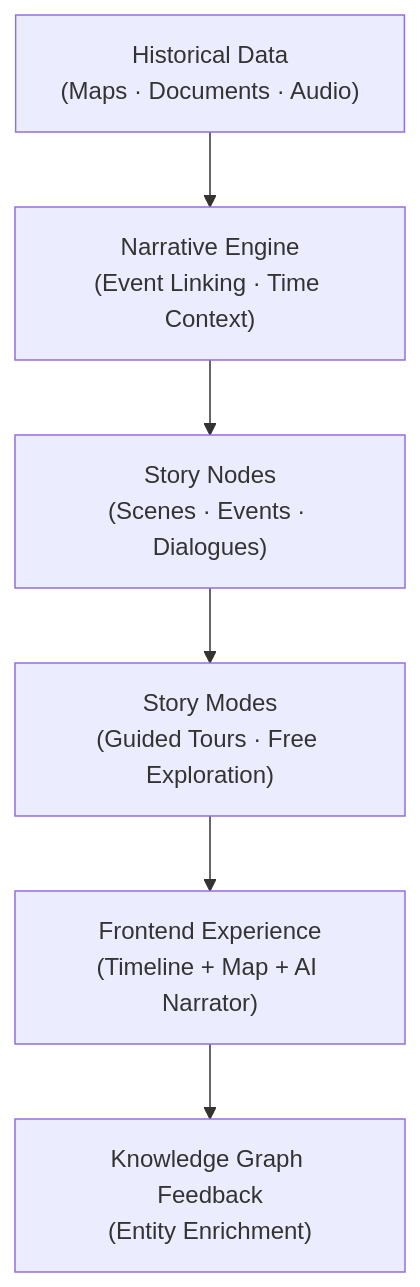
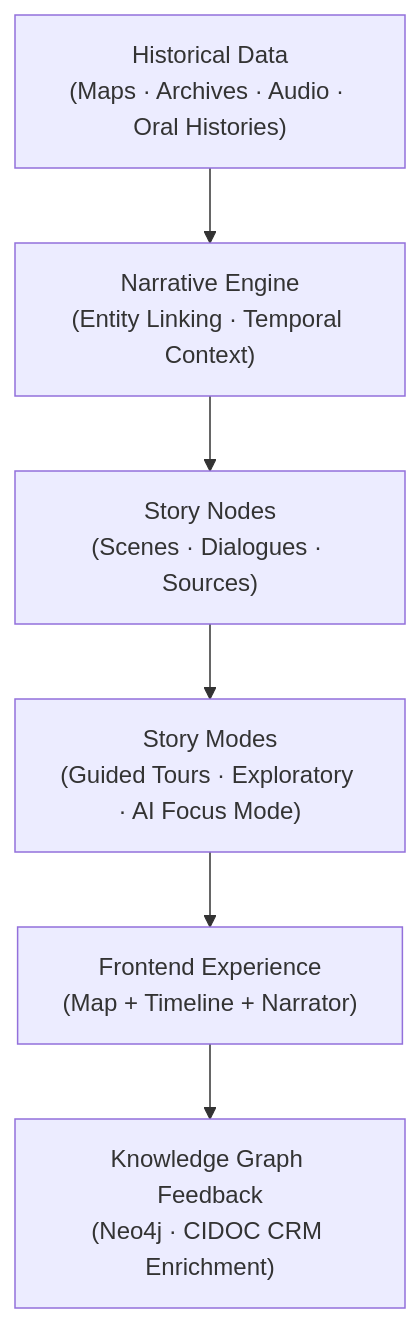
The first of 2 diagrams in docs/design/storytelling.md (bartytime4life/Kansas-Frontier-Matrix), drawn with Mermaid before and after one commit. The commit also changed other lines of this file, not shown here.

`````diff
--- a/docs/design/storytelling.md
+++ b/docs/design/storytelling.md
@@ -35,8 +69,8 @@
 ```mermaid
 flowchart TD
-    A["Historical Data\n(Maps · Documents · Audio)"] --> B["Narrative Engine\n(Event Linking · Time Context)"]
-    B --> C["Story Nodes\n(Scenes · Events · Dialogues)"]
-    C --> D["Story Modes\n(Guided Tours · Free Exploration)"]
-    D --> E["Frontend Experience\n(Timeline + Map + AI Narrator)"]
-    E --> F["Knowledge Graph Feedback\n(Entity Enrichment)"]
-````
+    A["Historical Data\n(Maps · Archives · Audio · Oral Histories)"] --> B["Narrative Engine\n(Entity Linking · Temporal Context)"]
+    B --> C["Story Nodes\n(Scenes · Dialogues · Sources)"]
+    C --> D["Story Modes\n(Guided Tours · Exploratory · AI Focus Mode)"]
+    D --> E["Frontend Experience\n(Map + Timeline + Narrator)"]
+    E --> F["Knowledge Graph Feedback\n(Neo4j · CIDOC CRM Enrichment)"]
+```
`````
